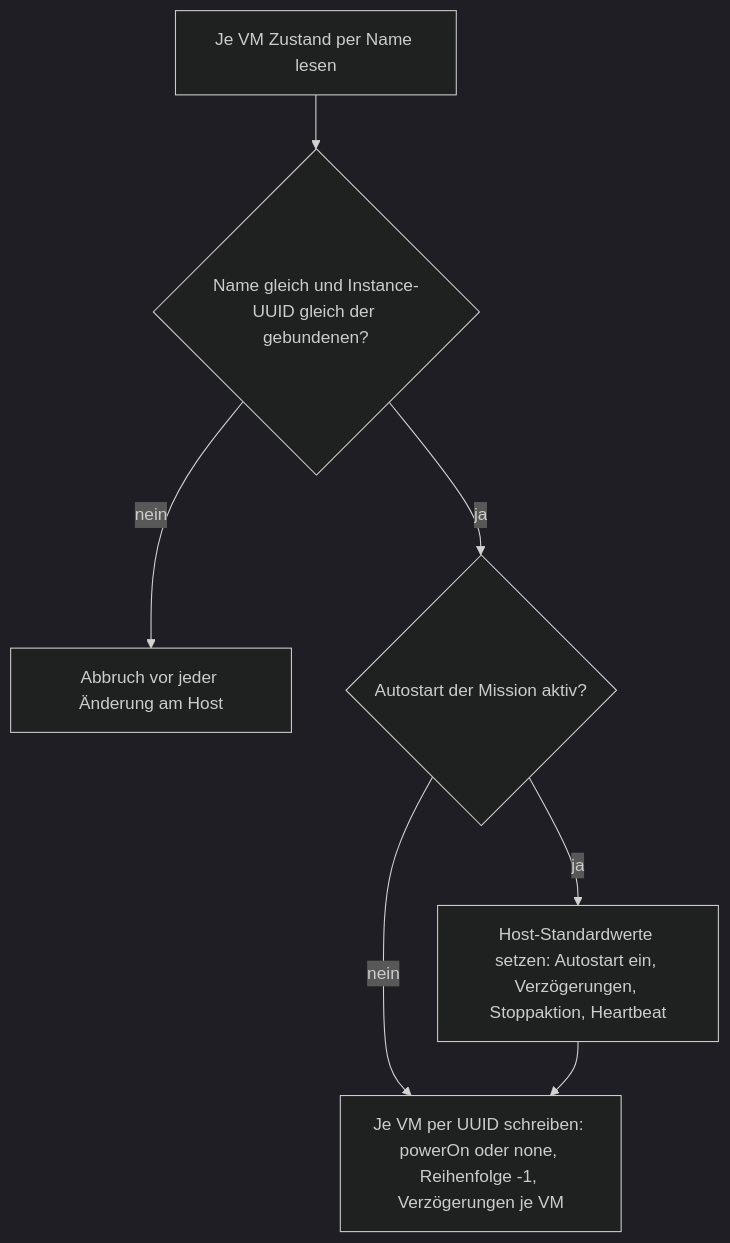
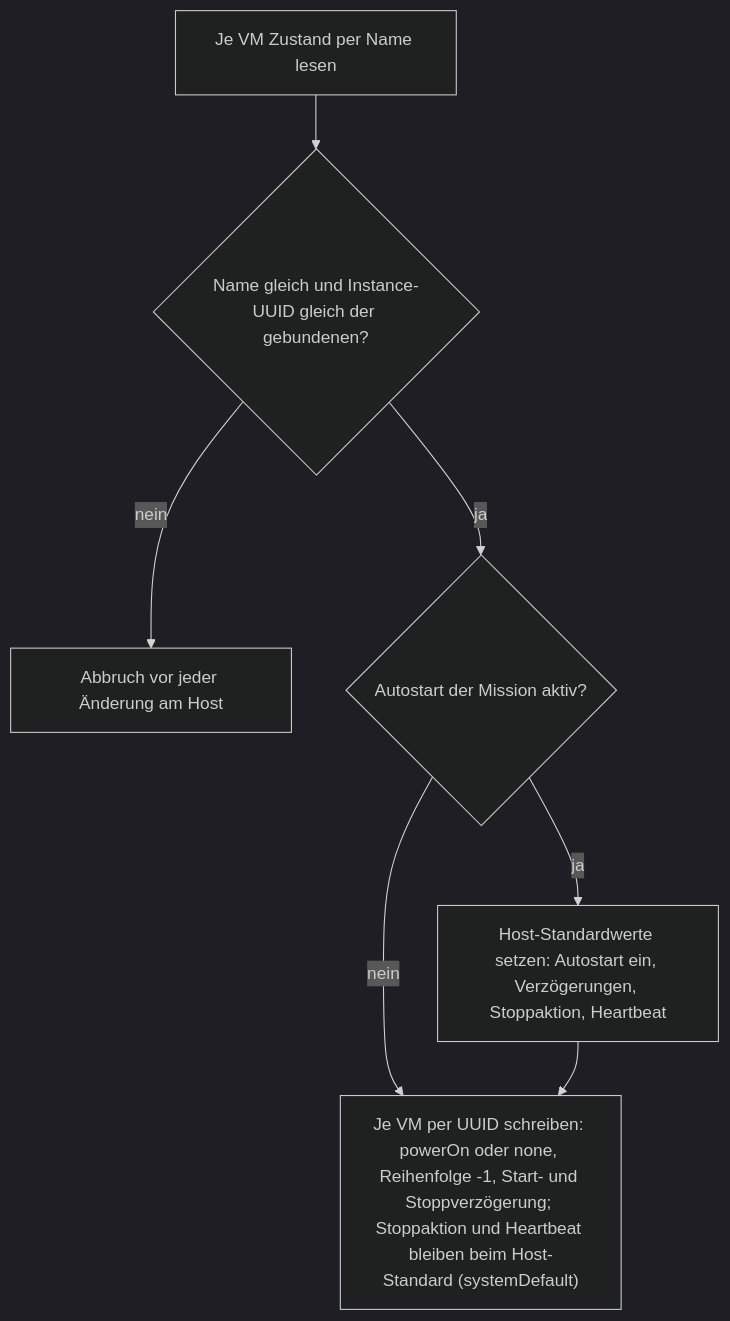
Before and after one commit to Samy94M/VirtuSphere-v2-WebApp: diagram 12 of 13 in docs/operations/deploy-flows.md, drawn with Mermaid (dark theme). The commit also changed other lines of this file and 7 other files, not shown here.

First line of the commit message:
Guard the flow documents against the code and recheck every diagram

````diff
--- a/docs/operations/deploy-flows.md
+++ b/docs/operations/deploy-flows.md
@@ -304,9 +320,9 @@
 ```mermaid
 flowchart TD
   A["Je VM Zustand per Name lesen"] --> B{"Name gleich und Instance-UUID gleich der gebundenen?"}
   B -->|nein| BX["Abbruch vor jeder Änderung am Host"]
   B -->|ja| C{"Autostart der Mission aktiv?"}
   C -->|ja| D["Host-Standardwerte setzen: Autostart ein, Verzögerungen, Stoppaktion, Heartbeat"]
   C -->|nein| E
-  D --> E["Je VM per UUID schreiben: powerOn oder none, Reihenfolge -1, Verzögerungen je VM"]
+  D --> E["Je VM per UUID schreiben: powerOn oder none, Reihenfolge -1, Start- und Stoppverzögerung; Stoppaktion und Heartbeat bleiben beim Host-Standard (systemDefault)"]
 ```
````
